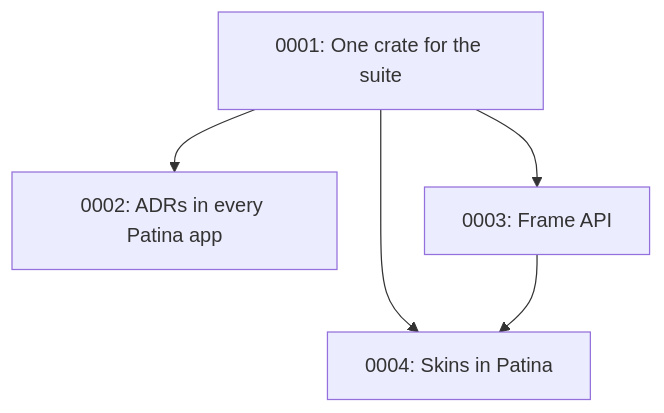
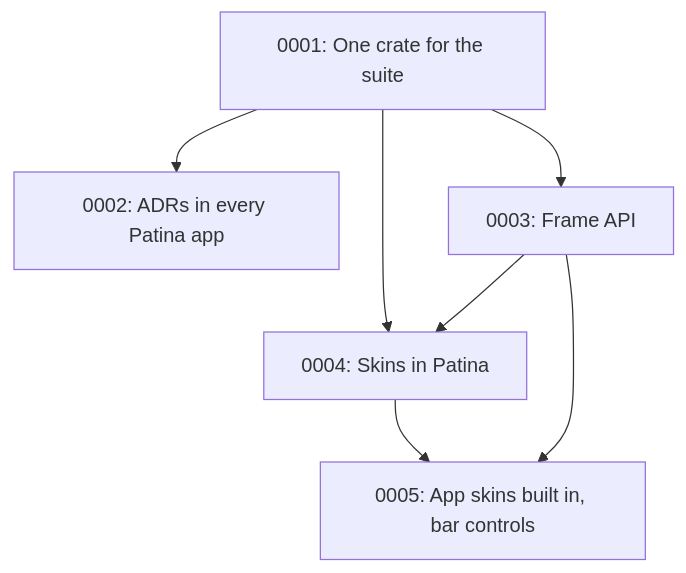
One commit to Sector-F-Labs/patina changed the diagram in docs/adr/README.md. Above: the diagram before and after it, drawn with Mermaid. The commit also changed other lines of this file and 11 other files, not shown here.

First line of the commit message:
Built-in Calendar, Notebook and Steam Classic skins; colour bar controls on a coloured title bar

````diff
--- a/docs/adr/README.md
+++ b/docs/adr/README.md
@@ -52,7 +53,9 @@
 ```mermaid
 flowchart TD
     A[0001: One crate for the suite] --> B[0002: ADRs in every Patina app]
     A --> C[0003: Frame API]
     A --> D[0004: Skins in Patina]
     C --> D
+    D --> E[0005: App skins built in, bar controls]
+    C --> E
 ```
````
